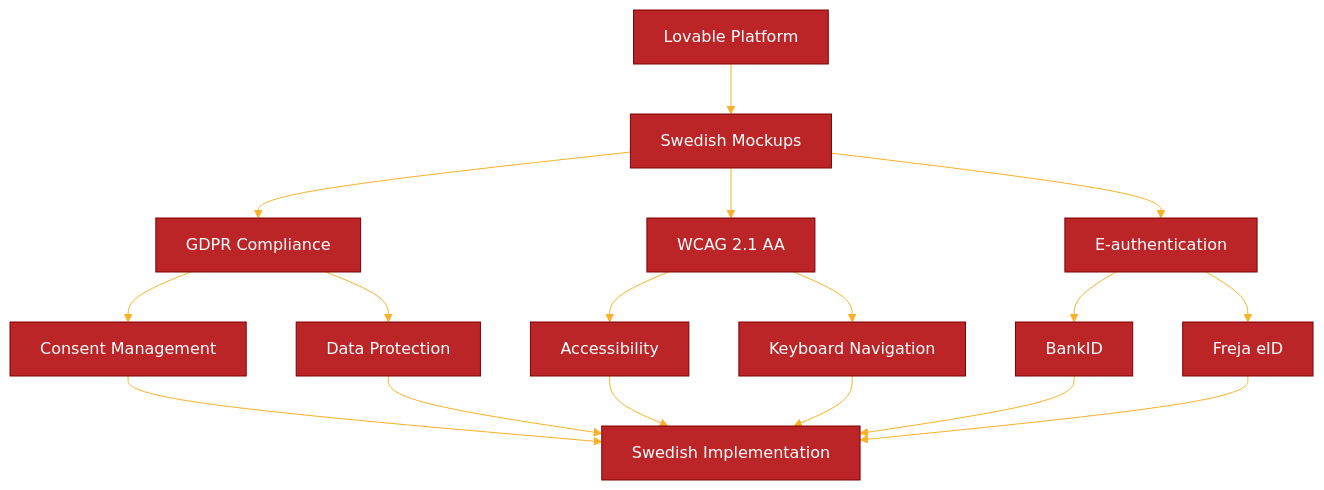
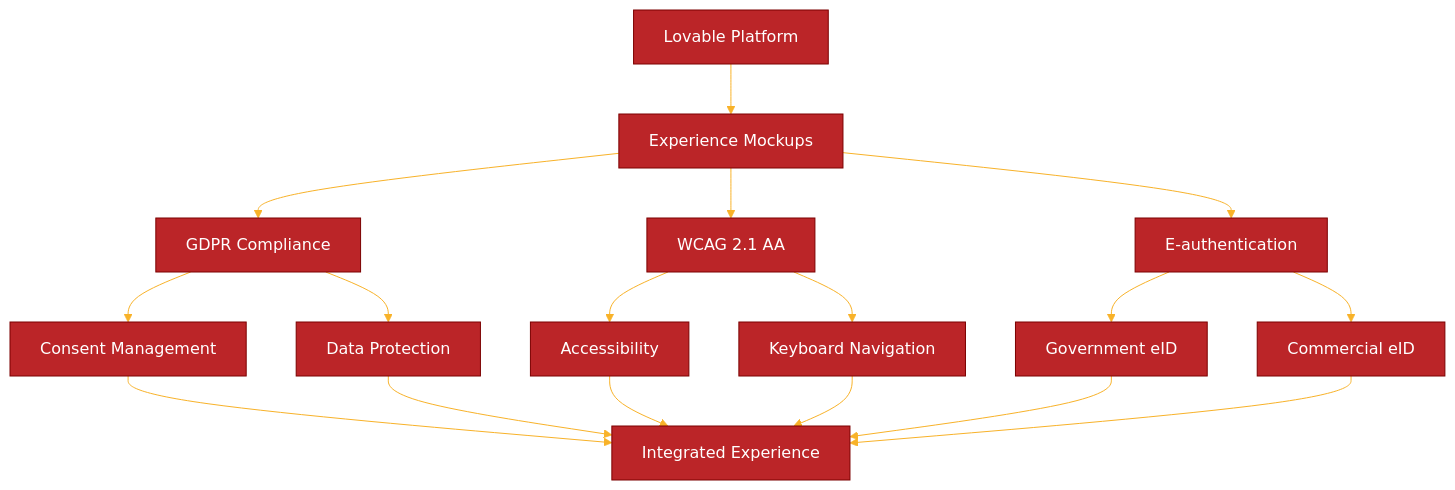
One commit to Geonitab/architecture_as_code changed the diagram in docs/images/diagram_21_kapitel20.mmd. Above: the diagram before and after it, drawn with Mermaid. The commit also changed 6 other files, not shown here.

```diff
--- a/docs/images/diagram_21_kapitel20.mmd
+++ b/docs/images/diagram_21_kapitel20.mmd
@@ -1,32 +1,32 @@
 ---
 config:
   theme: 'base'
   themeVariables:
     primaryColor: '#BB2528'
     primaryTextColor: '#fff'
     primaryBorderColor: '#7C0000'
     lineColor: '#F8B229'
     secondaryColor: '#006100'
     tertiaryColor: '#fff'
 ---
 graph TB
-    A[Lovable Platform] --> B[Swedish Mockups]
+    A[Lovable Platform] --> B[Experience Mockups]
     B --> C[GDPR Compliance]
     B --> D[WCAG 2.1 AA]
     B --> E[E-authentication]
     
     C --> F[Consent Management]
     C --> G[Data Protection]
     
     D --> H[Accessibility]
     D --> I[Keyboard Navigation]
     
-    E --> J[BankID]
-    E --> K[Freja eID]
+    E --> J[Government eID]
+    E --> K[Commercial eID]
     
-    F --> L[Swedish Implementation]
+    F --> L[Integrated Experience]
     G --> L
     H --> L
     I --> L
     J --> L
     K --> L
```
